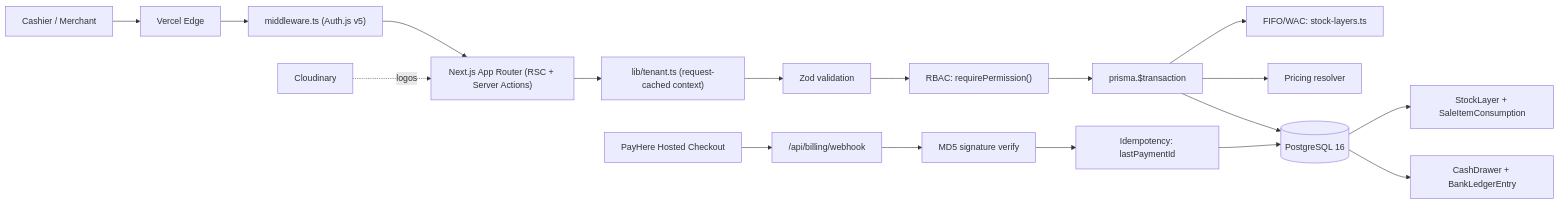
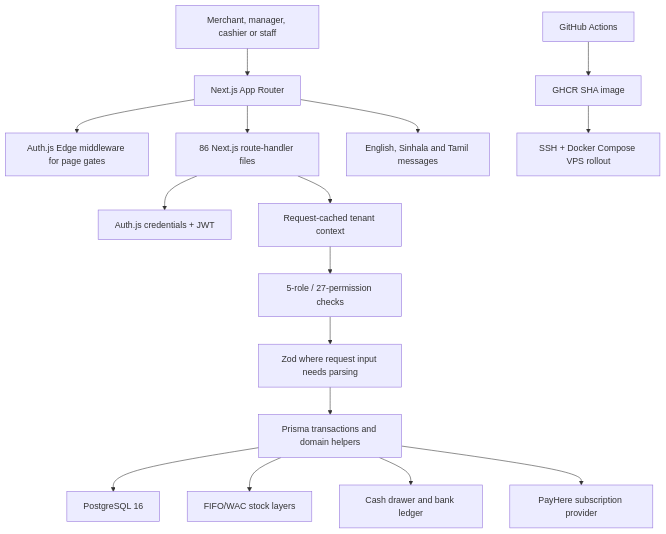
Before and after one commit to ifham-mohamed/ifham.dev: the first of 3 diagrams in docs/projects/dynapos.md, drawn with Mermaid. The commit also changed other lines of this file and 17 other files, not shown here.

````diff
--- a/docs/projects/dynapos.md
+++ b/docs/projects/dynapos.md
@@ -40,20 +68,18 @@
 ```mermaid
-flowchart LR
-  U["Cashier / Merchant"] --> V["Vercel Edge"]
-  V --> MW["middleware.ts (Auth.js v5)"]
-  MW --> RH["Next.js App Router (RSC + Server Actions)"]
-  RH --> TG["lib/tenant.ts (request-cached context)"]
-  TG --> ZV["Zod validation"]
-  ZV --> RB["RBAC: requirePermission()"]
-  RB --> TX["prisma.$transaction"]
-  TX --> SL["FIFO/WAC: stock-layers.ts"]
-  TX --> PR["Pricing resolver"]
-  TX --> PG[("PostgreSQL 16")]
-  PG --> SLAY["StockLayer + SaleItemConsumption"]
-  PG --> CASH["CashDrawer + BankLedgerEntry"]
-  PH["PayHere Hosted Checkout"] --> WH["/api/billing/webhook"]
-  WH --> SIG["MD5 signature verify"]
-  SIG --> IDM["Idempotency: lastPaymentId"]
-  IDM --> PG
-  CLD["Cloudinary"] -.->|"logos"| RH
+flowchart TD
+    U["Merchant, manager, cashier or staff"] --> N["Next.js App Router"]
+    N --> MW["Auth.js Edge middleware for page gates"]
+    N --> API["86 Next.js route-handler files"]
+    API --> AUTH["Auth.js credentials + JWT"]
+    API --> CTX["Request-cached tenant context"]
+    CTX --> RBAC["5-role / 27-permission checks"]
+    RBAC --> Z["Zod where request input needs parsing"]
+    Z --> P["Prisma transactions and domain helpers"]
+    P --> PG["PostgreSQL 16"]
+    P --> INV["FIFO/WAC stock layers"]
+    P --> CASH["Cash drawer and bank ledger"]
+    P --> BILL["PayHere subscription provider"]
+    N --> I18N["English, Sinhala and Tamil messages"]
+    CI["GitHub Actions"] --> IMG["GHCR SHA image"]
+    IMG --> VPS["SSH + Docker Compose VPS rollout"]
 ```
````
